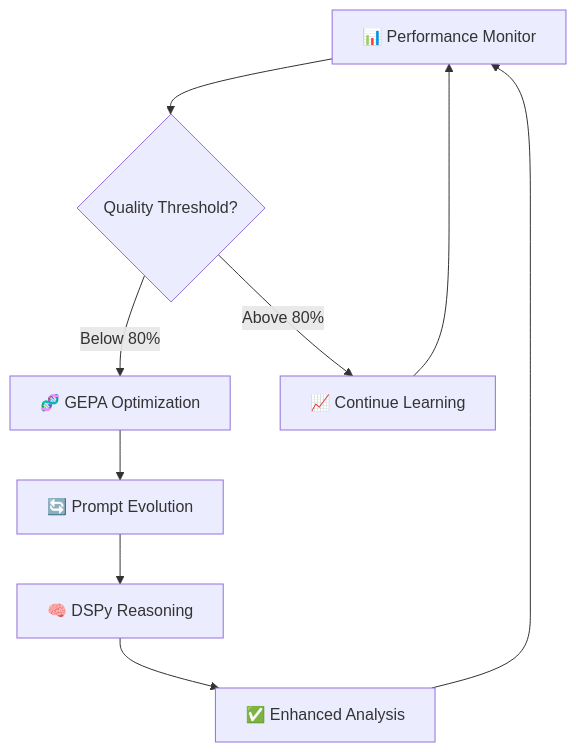
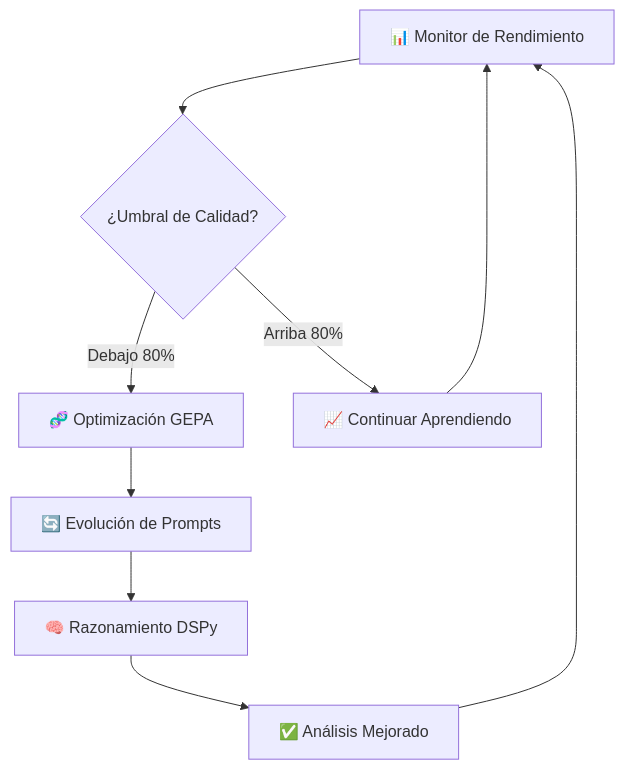
One commit to karimtouma/estimate changed the third of 3 diagrams in README.md. Above: the diagram before and after it, drawn with Mermaid. The commit also changed other lines of this file, not shown here.

````diff
--- a/README.md
+++ b/README.md
@@ -281,11 +400,11 @@
 ```mermaid
 graph TB
-    A[📊 Performance Monitor] --> B{Quality Threshold?}
-    B -->|Below 80%| C[🧬 GEPA Optimization]
-    B -->|Above 80%| D[📈 Continue Learning]
-    C --> E[🔄 Prompt Evolution]
-    E --> F[🧠 DSPy Reasoning]
-    F --> G[✅ Enhanced Analysis]
+    A[📊 Monitor de Rendimiento] --> B{¿Umbral de Calidad?}
+    B -->|Debajo 80%| C[🧬 Optimización GEPA]
+    B -->|Arriba 80%| D[📈 Continuar Aprendiendo]
+    C --> E[🔄 Evolución de Prompts]
+    E --> F[🧠 Razonamiento DSPy]
+    F --> G[✅ Análisis Mejorado]
     G --> A
     D --> A
 ```
````
